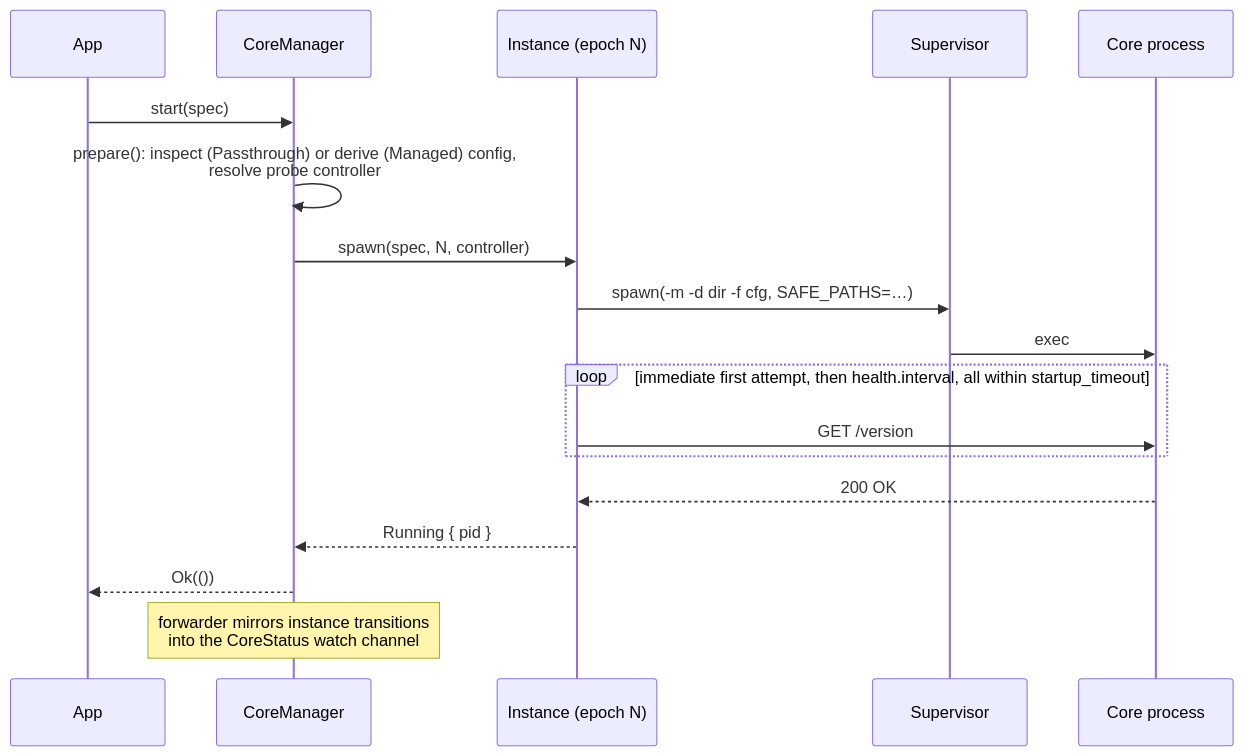
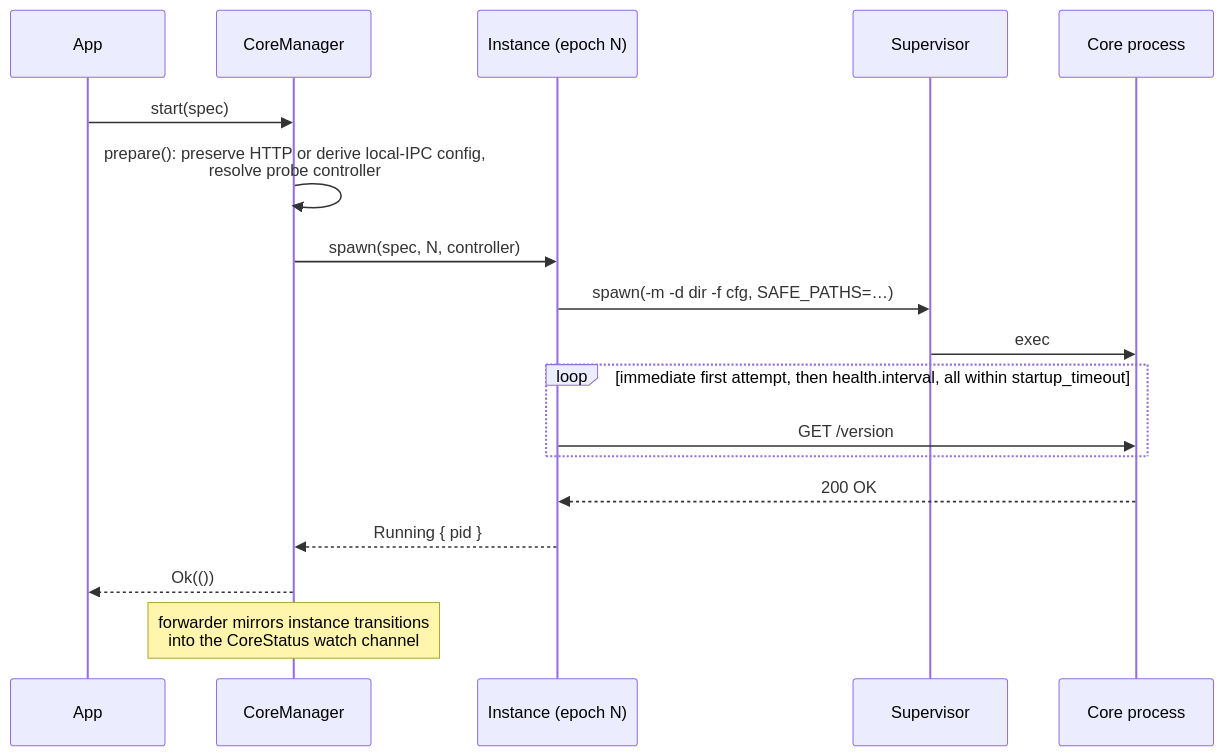
The third of 5 diagrams in crates/nyanpasu-core-manager/README.md (libnyanpasu/nyanpasu-service), drawn with Mermaid before and after one commit. The commit also changed other lines of this file and 19 other files, not shown here.

````diff
--- a/crates/nyanpasu-core-manager/README.md
+++ b/crates/nyanpasu-core-manager/README.md
@@ -122,21 +123,21 @@
 ```mermaid
 sequenceDiagram
     participant App
     participant M as CoreManager
     participant I as Instance (epoch N)
     participant S as Supervisor
     participant C as Core process
 
     App->>M: start(spec)
-    M->>M: prepare(): inspect (Passthrough) or derive (Managed) config,<br/>resolve probe controller
+    M->>M: prepare(): preserve HTTP or derive local-IPC config,<br/>resolve probe controller
     M->>I: spawn(spec, N, controller)
     I->>S: spawn(-m -d dir -f cfg, SAFE_PATHS=…)
     S->>C: exec
     loop immediate first attempt, then health.interval, all within startup_timeout
         I->>C: GET /version
     end
     C-->>I: 200 OK
     I-->>M: Running { pid }
     M-->>App: Ok(())
     Note over M: forwarder mirrors instance transitions<br/>into the CoreStatus watch channel
 ```
````
